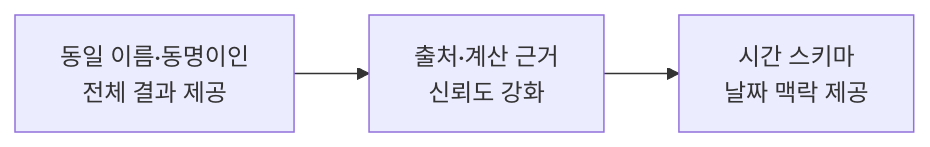
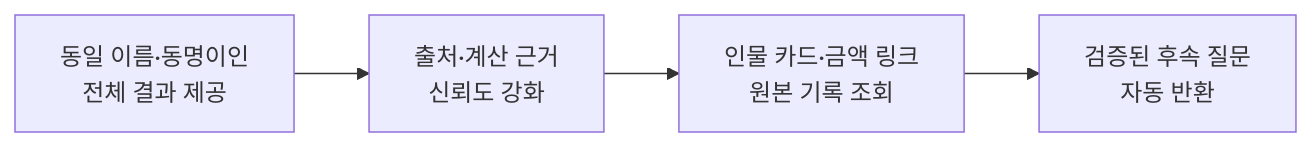
Diagram 14 of 15 in README.md (knu-2026-summer-main-enhancement/finance-doc-agent), drawn with Mermaid before and after one commit. The commit also changed other lines of this file, not shown here.

Commit message:
docs: update answer roadmap

````diff
--- a/README.md
+++ b/README.md
@@ -621,4 +618,4 @@
 ```mermaid
 flowchart LR
-    E1[동일 이름·동명이인<br/>전체 결과 제공] --> E2[출처·계산 근거<br/>신뢰도 강화] --> E3[시간 스키마<br/>날짜 맥락 제공]
+    E1[동일 이름·동명이인<br/>전체 결과 제공] --> E2[출처·계산 근거<br/>신뢰도 강화] --> E3[인물 카드·금액 링크<br/>원본 기록 조회] --> E4[검증된 후속 질문<br/>자동 반환]
 ```
````
